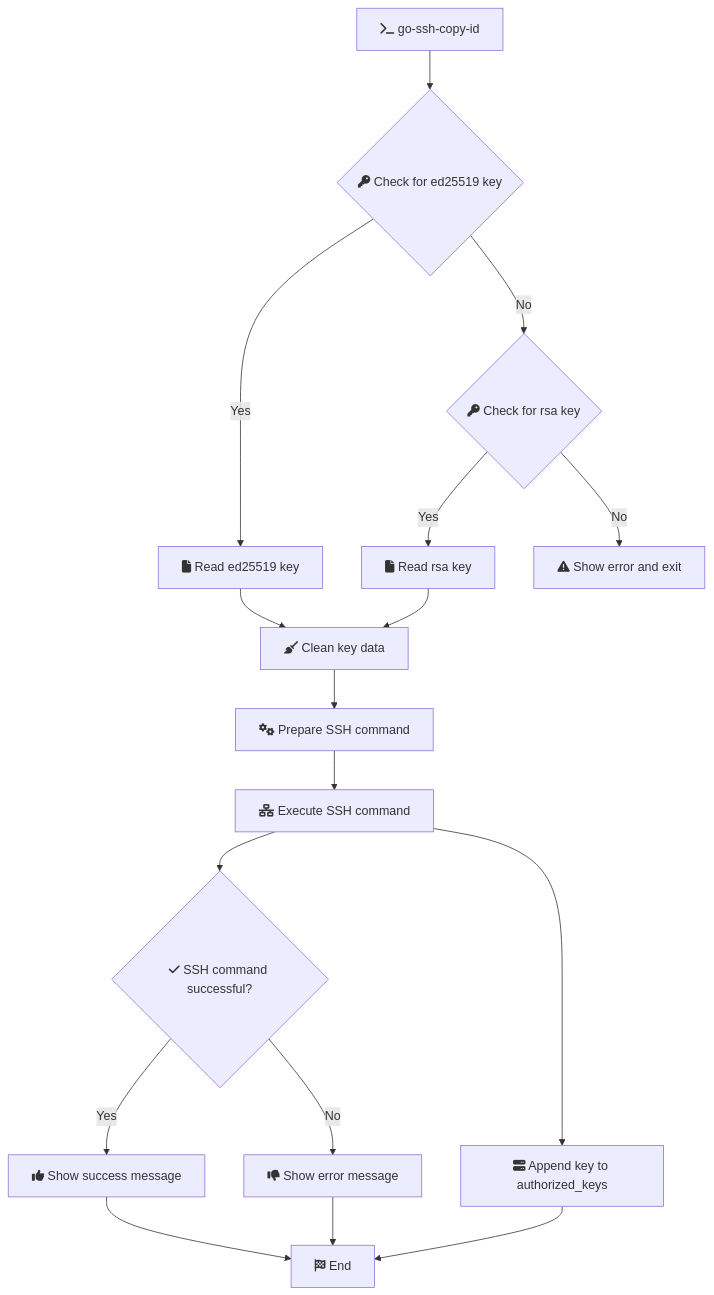
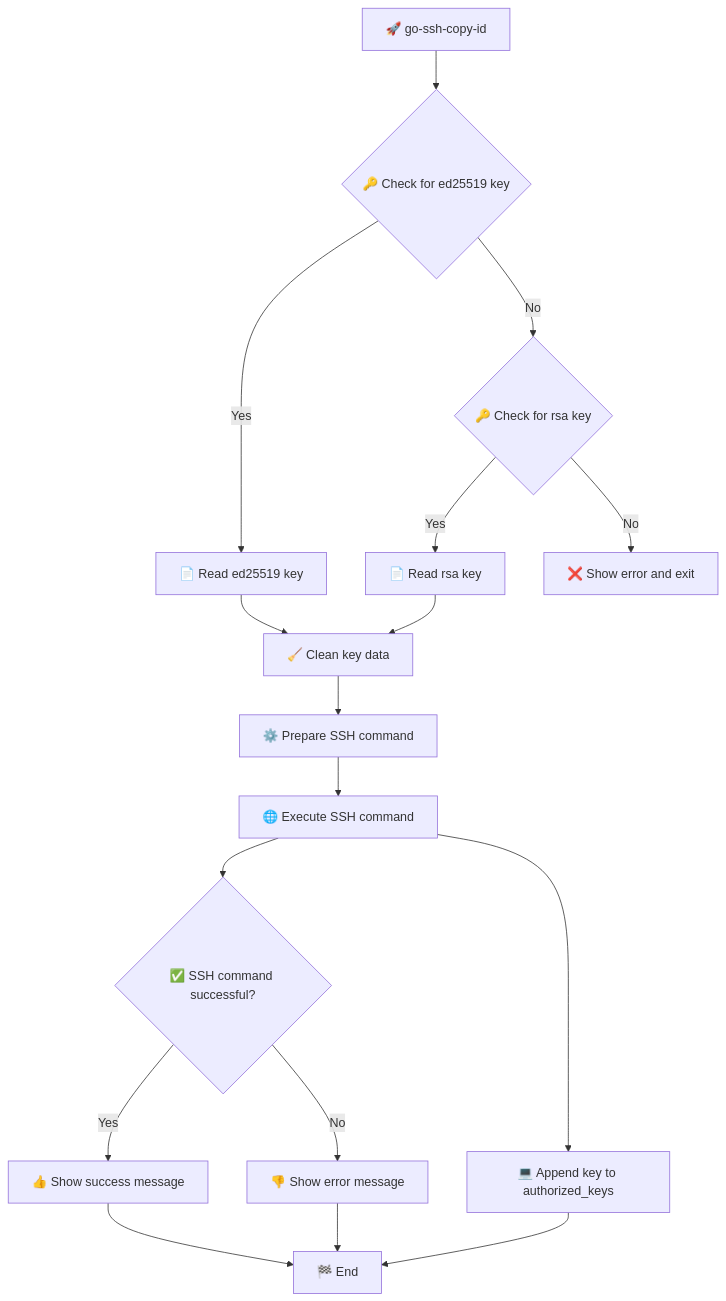
One commit to gsmitheidw/go-ssh-copy-id changed the diagram in README.md. Above: the diagram before and after it, drawn with Mermaid.

````diff
--- a/README.md
+++ b/README.md
@@ -21,19 +21,19 @@
 ```mermaid
  graph TD
-    A[fa:fa-terminal go-ssh-copy-id] --> B{fa:fa-key Check for ed25519 key}
-    B -->|Yes| C[fa:fa-file Read ed25519 key]
-    B -->|No| D{fa:fa-key Check for rsa key}
-    D -->|Yes| E[fa:fa-file Read rsa key]
-    D -->|No| F[fa:fa-exclamation-triangle Show error and exit]
-    C --> G[fa:fa-broom Clean key data]
+    A[🚀 go-ssh-copy-id] --> B{🔑 Check for ed25519 key}
+    B -->|Yes| C[📄 Read ed25519 key]
+    B -->|No| D{🔑 Check for rsa key}
+    D -->|Yes| E[📄 Read rsa key]
+    D -->|No| F[❌ Show error and exit]
+    C --> G[🧹 Clean key data]
     E --> G
-    G --> H[fa:fa-cogs Prepare SSH command]
-    H --> I[fa:fa-network-wired Execute SSH command]
-    I --> J{fa:fa-check SSH command successful?}
-    J -->|Yes| K[fa:fa-thumbs-up Show success message]
-    J -->|No| L[fa:fa-thumbs-down Show error message]
-    K --> M[fa:fa-flag-checkered End]
+    G --> H[⚙️ Prepare SSH command]
+    H --> I[🌐 Execute SSH command]
+    I --> J{✅ SSH command successful?}
+    J -->|Yes| K[👍 Show success message]
+    J -->|No| L[👎 Show error message]
+    K --> M[🏁 End]
     L --> M
-    I --> N[fa:fa-server Append key to authorized_keys]
+    I --> N[💻 Append key to authorized_keys]
     N --> M 
 ```
````
